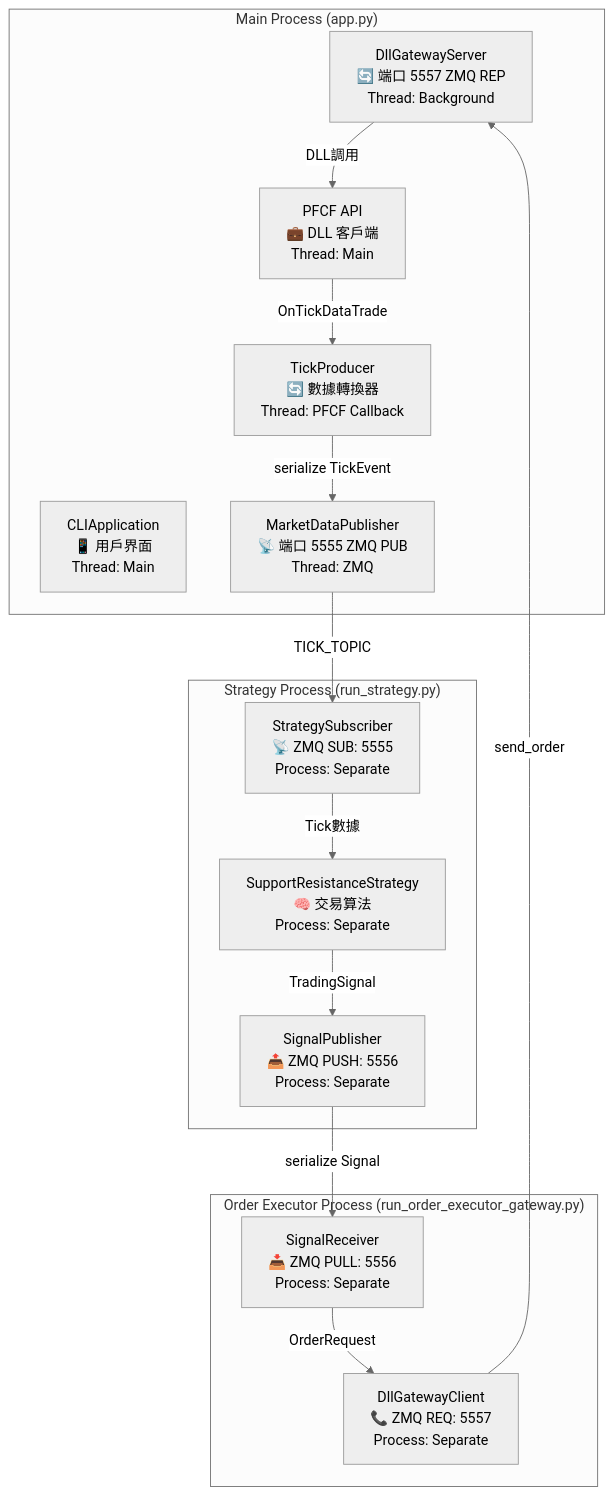
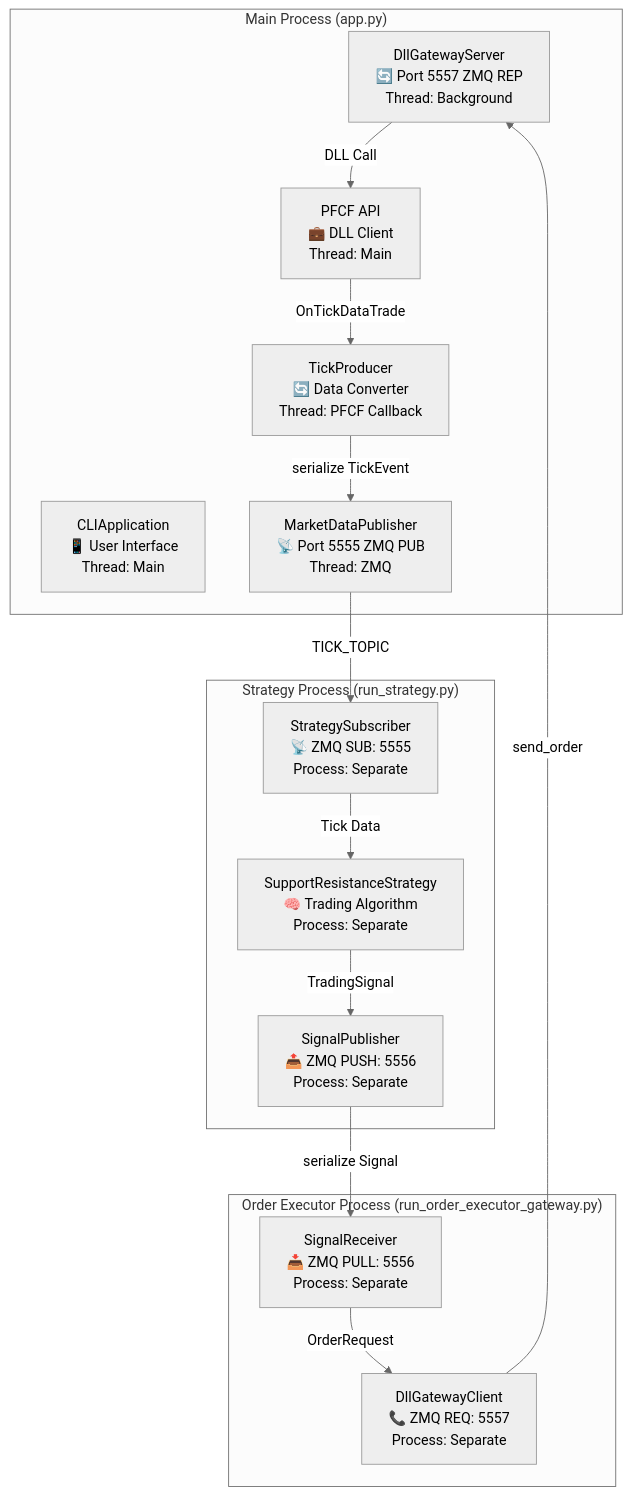
Before and after one commit to ttpss930141011/auto-futures-trading-machine: the third of 5 diagrams in docs/guides/ALLINONE_CONTROLLER_GUIDE.md, drawn with Mermaid (neutral theme). The commit also changed other lines of this file and 5 other files, not shown here.

````diff
--- a/docs/guides/ALLINONE_CONTROLLER_GUIDE.md
+++ b/docs/guides/ALLINONE_CONTROLLER_GUIDE.md
@@ -78,31 +78,31 @@
 ```mermaid
 graph TB
     subgraph "Main Process (app.py)"
-        CLI["CLIApplication<br/>📱 用戶界面<br/>Thread: Main"]
-        DGS["DllGatewayServer<br/>🔄 端口 5557 ZMQ REP<br/>Thread: Background"]
-        MDP["MarketDataPublisher<br/>📡 端口 5555 ZMQ PUB<br/>Thread: ZMQ"]
-        TP["TickProducer<br/>🔄 數據轉換器<br/>Thread: PFCF Callback"]
-        PFCF["PFCF API<br/>💼 DLL 客戶端<br/>Thread: Main"]
+        CLI["CLIApplication<br/>📱 User Interface<br/>Thread: Main"]
+        DGS["DllGatewayServer<br/>🔄 Port 5557 ZMQ REP<br/>Thread: Background"]
+        MDP["MarketDataPublisher<br/>📡 Port 5555 ZMQ PUB<br/>Thread: ZMQ"]
+        TP["TickProducer<br/>🔄 Data Converter<br/>Thread: PFCF Callback"]
+        PFCF["PFCF API<br/>💼 DLL Client<br/>Thread: Main"]
     end
     
     subgraph "Strategy Process (run_strategy.py)"
         SS["StrategySubscriber<br/>📡 ZMQ SUB: 5555<br/>Process: Separate"]
-        SRS["SupportResistanceStrategy<br/>🧠 交易算法<br/>Process: Separate"]
+        SRS["SupportResistanceStrategy<br/>🧠 Trading Algorithm<br/>Process: Separate"]
         SP["SignalPublisher<br/>📤 ZMQ PUSH: 5556<br/>Process: Separate"]
     end
     
     subgraph "Order Executor Process (run_order_executor_gateway.py)"
         SR["SignalReceiver<br/>📥 ZMQ PULL: 5556<br/>Process: Separate"]
         GC["DllGatewayClient<br/>📞 ZMQ REQ: 5557<br/>Process: Separate"]
     end
     
     PFCF -->|OnTickDataTrade| TP
     TP -->|serialize TickEvent| MDP
     MDP -->|TICK_TOPIC| SS
-    SS -->|Tick數據| SRS
+    SS -->|Tick Data| SRS
     SRS -->|TradingSignal| SP
     SP -->|serialize Signal| SR
     SR -->|OrderRequest| GC
     GC -->|send_order| DGS
-    DGS -->|DLL調用| PFCF
+    DGS -->|DLL Call| PFCF
 ```
````
